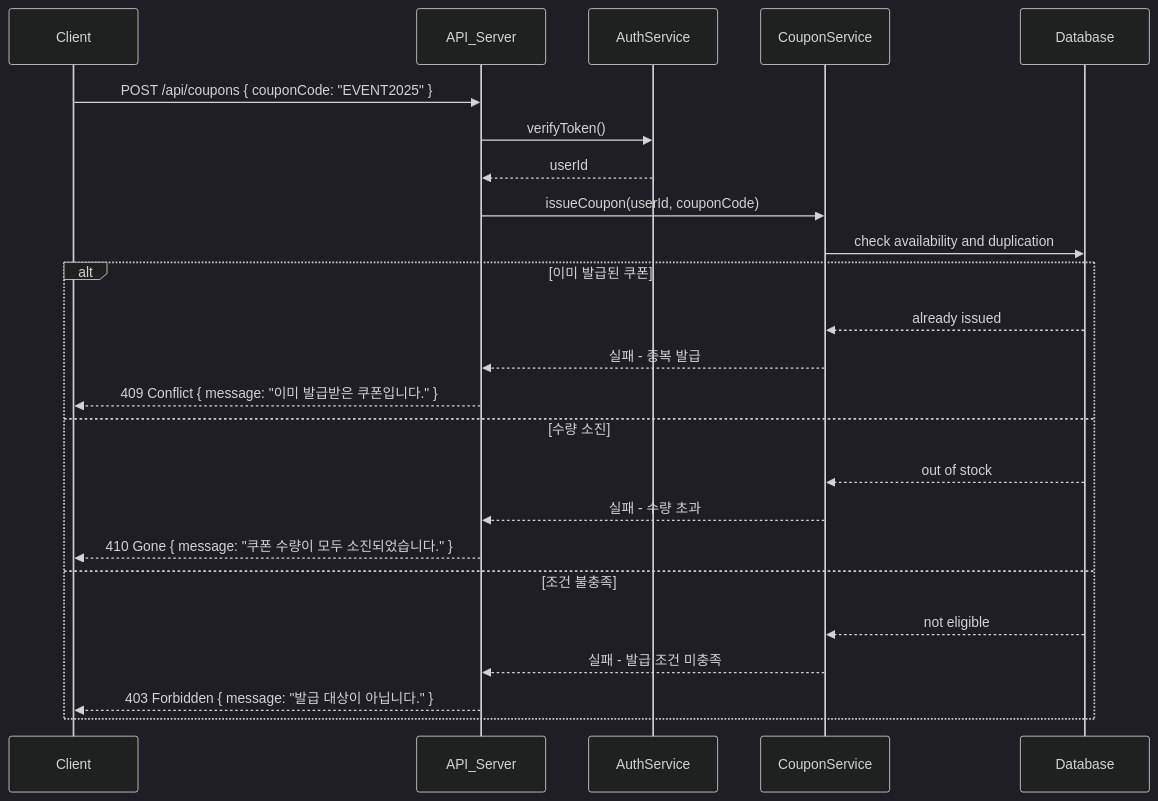
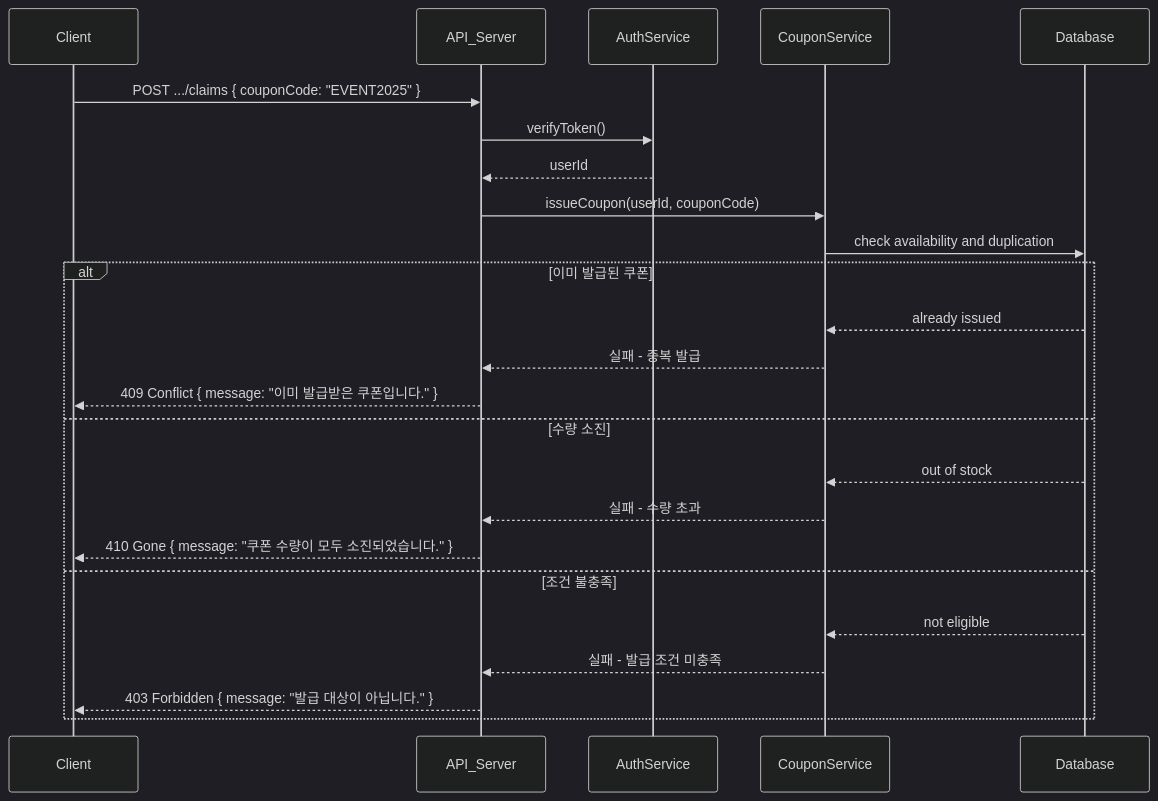
One commit to seho0808/hh-9-be-2 changed the second of 4 diagrams in docs/04-sequence-diagrams/03-coupon.md. Above: the diagram before and after it, drawn with Mermaid (dark theme). The commit also changed other lines of this file and 6 other files, not shown here.

````diff
--- a/docs/04-sequence-diagrams/03-coupon.md
+++ b/docs/04-sequence-diagrams/03-coupon.md
@@ -32,29 +36,29 @@
 ```mermaid
 sequenceDiagram
     participant Client
     participant API_Server
     participant AuthService
     participant CouponService
     participant Database
 
-    Client->>API_Server: POST /api/coupons { couponCode: "EVENT2025" }
+    Client->>API_Server: POST .../claims  { couponCode: "EVENT2025" }
     API_Server->>AuthService: verifyToken()
     AuthService-->>API_Server: userId
 
     API_Server->>CouponService: issueCoupon(userId, couponCode)
     CouponService->>Database: check availability and duplication
 
     alt 이미 발급된 쿠폰
         Database-->>CouponService: already issued
         CouponService-->>API_Server: 실패 - 중복 발급
         API_Server-->>Client: 409 Conflict { message: "이미 발급받은 쿠폰입니다." }
     else 수량 소진
         Database-->>CouponService: out of stock
         CouponService-->>API_Server: 실패 - 수량 초과
         API_Server-->>Client: 410 Gone { message: "쿠폰 수량이 모두 소진되었습니다." }
     else 조건 불충족
         Database-->>CouponService: not eligible
         CouponService-->>API_Server: 실패 - 발급 조건 미충족
         API_Server-->>Client: 403 Forbidden { message: "발급 대상이 아닙니다." }
     end
 ```
````
